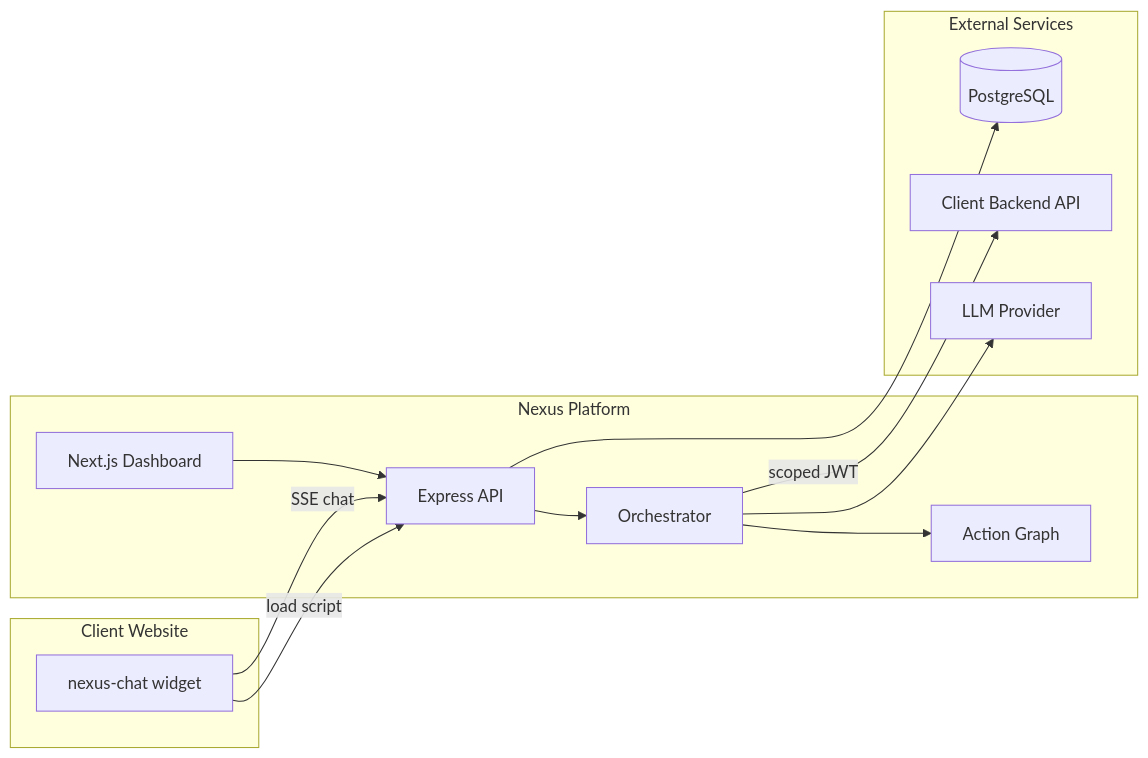
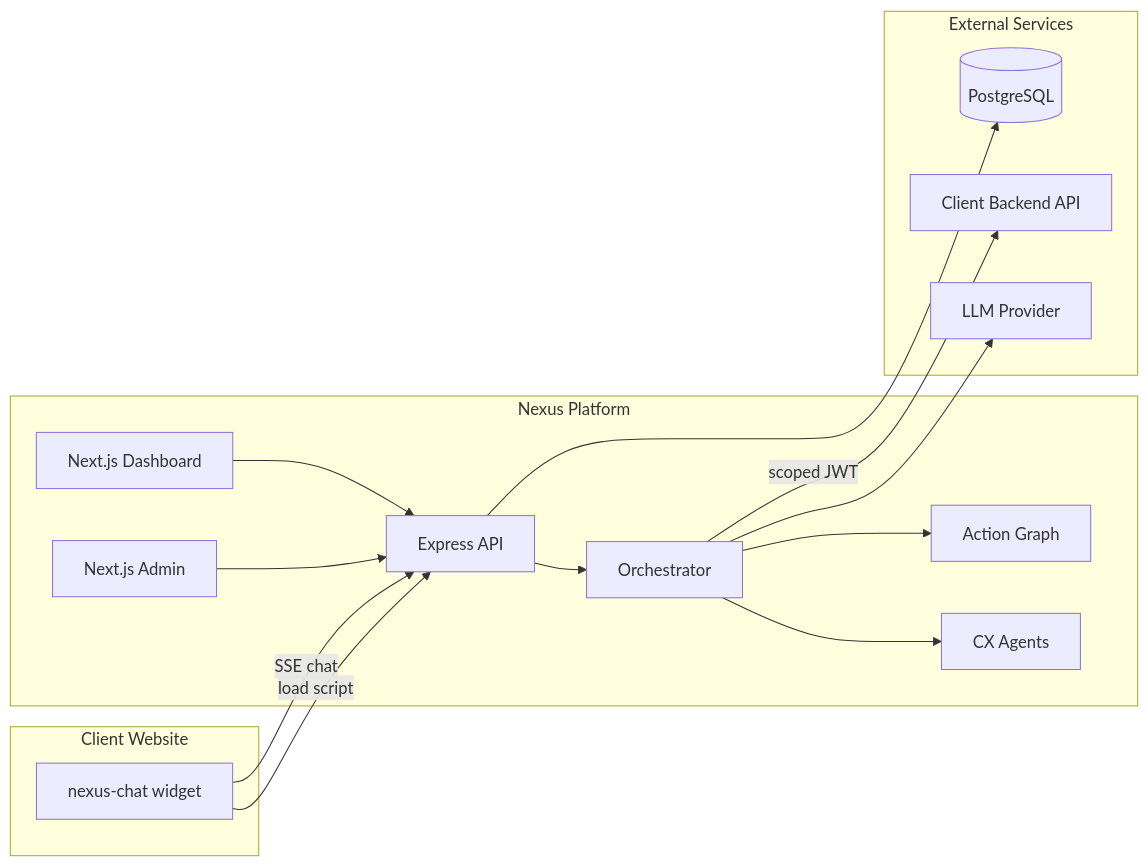
Before and after one commit to ShahjahanAli/nexusproactive.com: the diagram in README.md, drawn with Mermaid. The commit also changed other lines of this file, not shown here.

````diff
--- a/README.md
+++ b/README.md
@@ -47,28 +52,32 @@
 ```mermaid
 flowchart LR
   subgraph client_site [Client Website]
     W[nexus-chat widget]
   end
 
   subgraph nexus [Nexus Platform]
     API[Express API]
     DASH[Next.js Dashboard]
+    ADMIN[Next.js Admin]
     ORCH[Orchestrator]
+    CX[CX Agents]
     AG[Action Graph]
   end
 
   subgraph external [External Services]
     LLM[LLM Provider]
     PG[(PostgreSQL)]
     BE[Client Backend API]
   end
 
   W -->|load script| API
   W -->|SSE chat| API
   DASH --> API
+  ADMIN --> API
   API --> ORCH
+  ORCH --> CX
   ORCH --> AG
   ORCH --> LLM
   ORCH -->|scoped JWT| BE
   API --> PG
 ```
````
